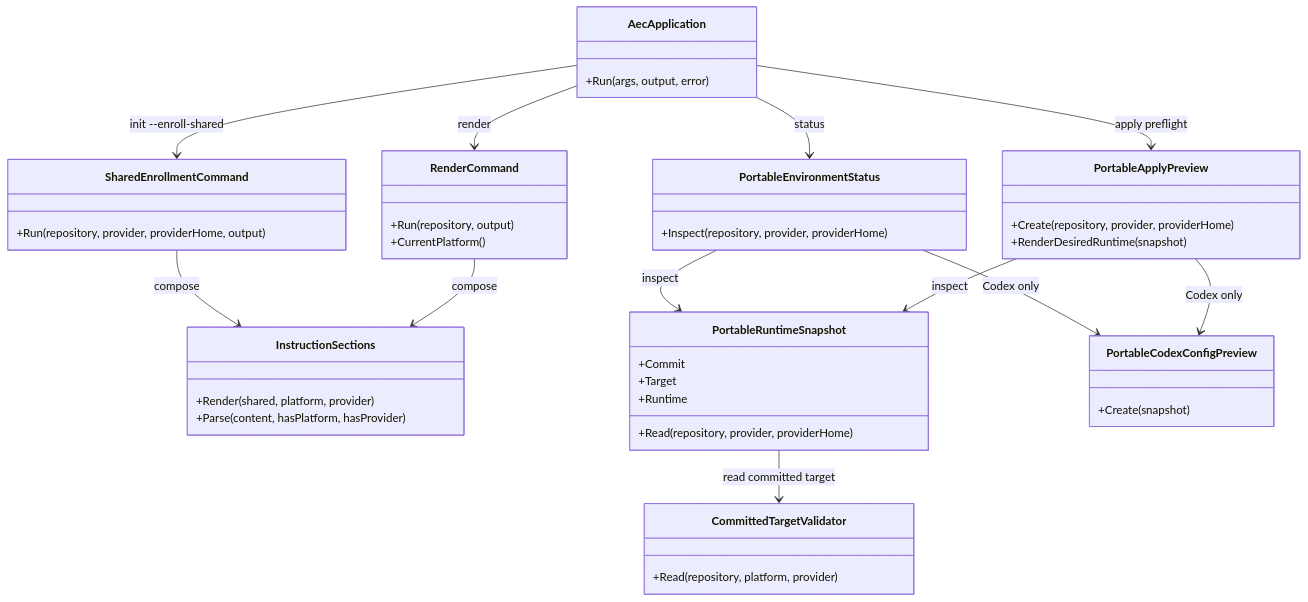
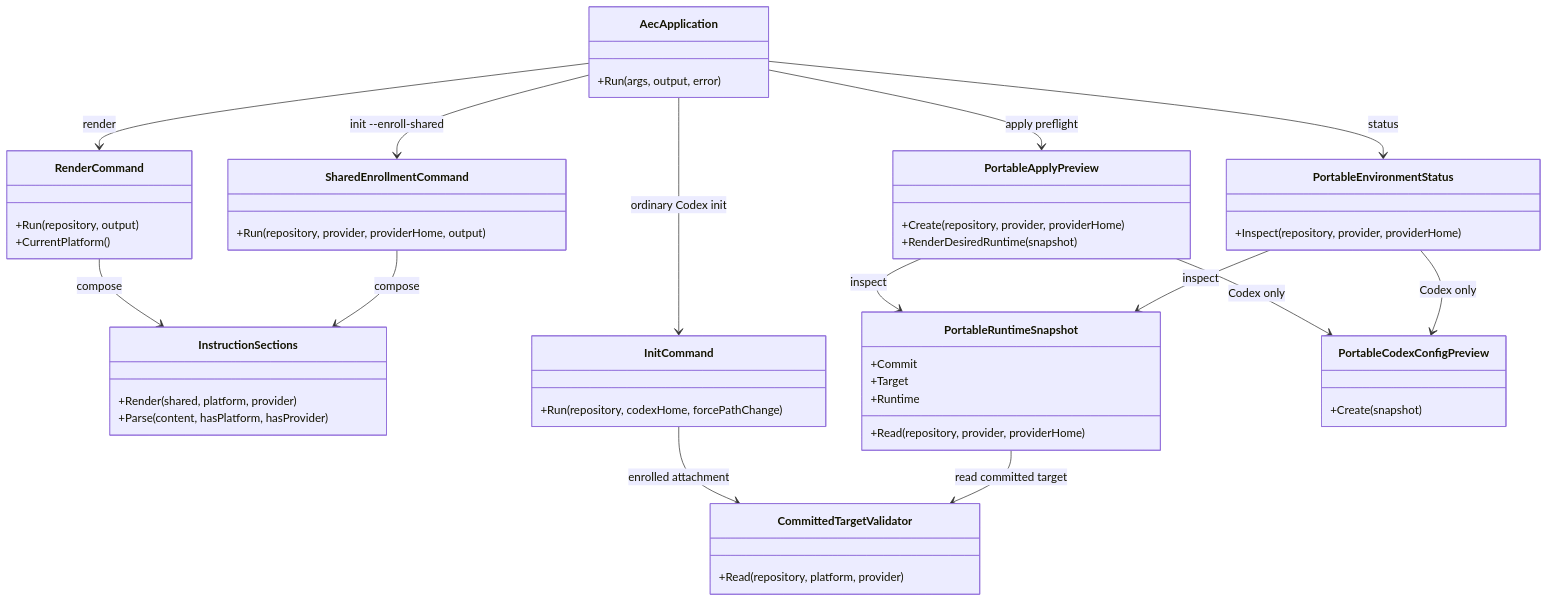
The second of 3 diagrams in docs/architecture.md (ferrywlto/ai-env-as-code), drawn with Mermaid before and after one commit. The commit also changed other lines of this file and 5 other files, not shown here.

Commit message:
feat(init): attach enrolled Codex from portable target

````diff
--- a/docs/architecture.md
+++ b/docs/architecture.md
@@ -73,48 +76,53 @@
 ```mermaid
 classDiagram
     class AecApplication {
         +Run(args, output, error)
     }
     class SharedEnrollmentCommand {
         +Run(repository, provider, providerHome, output)
     }
     class RenderCommand {
         +Run(repository, output)
         +CurrentPlatform()
     }
     class InstructionSections {
         +Render(shared, platform, provider)
         +Parse(content, hasPlatform, hasProvider)
     }
     class PortableRuntimeSnapshot {
         +Read(repository, provider, providerHome)
         +Commit
         +Target
         +Runtime
     }
     class CommittedTargetValidator {
         +Read(repository, platform, provider)
     }
+    class InitCommand {
+        +Run(repository, codexHome, forcePathChange)
+    }
     class PortableEnvironmentStatus {
         +Inspect(repository, provider, providerHome)
     }
     class PortableApplyPreview {
         +Create(repository, provider, providerHome)
         +RenderDesiredRuntime(snapshot)
     }
     class PortableCodexConfigPreview {
         +Create(snapshot)
     }
 
     AecApplication --> SharedEnrollmentCommand : init --enroll-shared
+    AecApplication --> InitCommand : ordinary Codex init
     AecApplication --> RenderCommand : render
     AecApplication --> PortableEnvironmentStatus : status
     AecApplication --> PortableApplyPreview : apply preflight
     SharedEnrollmentCommand --> InstructionSections : compose
     RenderCommand --> InstructionSections : compose
     PortableRuntimeSnapshot --> CommittedTargetValidator : read committed target
+    InitCommand --> CommittedTargetValidator : enrolled attachment
     PortableEnvironmentStatus --> PortableRuntimeSnapshot : inspect
     PortableEnvironmentStatus --> PortableCodexConfigPreview : Codex only
     PortableApplyPreview --> PortableRuntimeSnapshot : inspect
     PortableApplyPreview --> PortableCodexConfigPreview : Codex only
 ```
````
